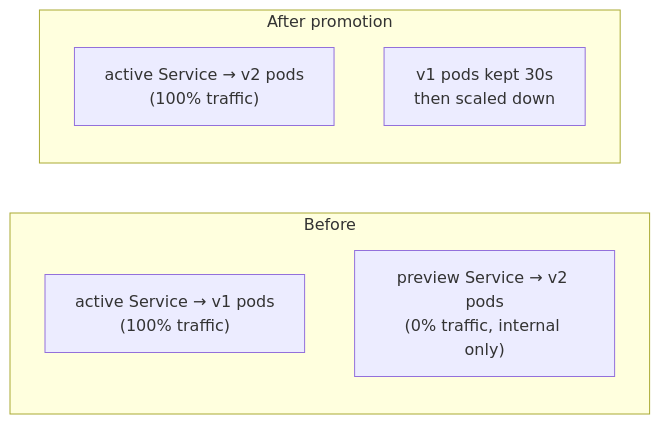
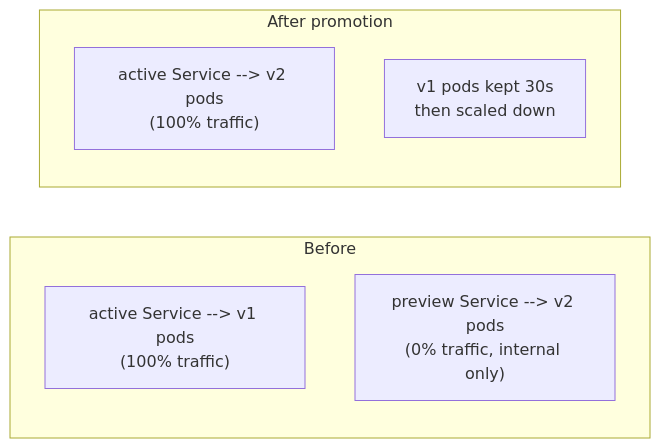
The second of 2 diagrams in devops/cicd/argo-rollouts.md (deepanshu-rawat6/tour-of-go), drawn with Mermaid before and after one commit. The commit also changed other lines of this file and 25 other files, not shown here.

````diff
--- a/devops/cicd/argo-rollouts.md
+++ b/devops/cicd/argo-rollouts.md
@@ -183,11 +183,11 @@
 ```mermaid
 flowchart LR
     subgraph Before
-        ACTIVE["active Service → v1 pods<br>(100% traffic)"]
-        PREVIEW["preview Service → v2 pods<br>(0% traffic, internal only)"]
+        ACTIVE["active Service --> v1 pods<br>(100% traffic)"]
+        PREVIEW["preview Service --> v2 pods<br>(0% traffic, internal only)"]
     end
     subgraph After["After promotion"]
-        ACTIVE2["active Service → v2 pods<br>(100% traffic)"]
+        ACTIVE2["active Service --> v2 pods<br>(100% traffic)"]
         OLD["v1 pods kept 30s<br>then scaled down"]
     end
 ```
````
